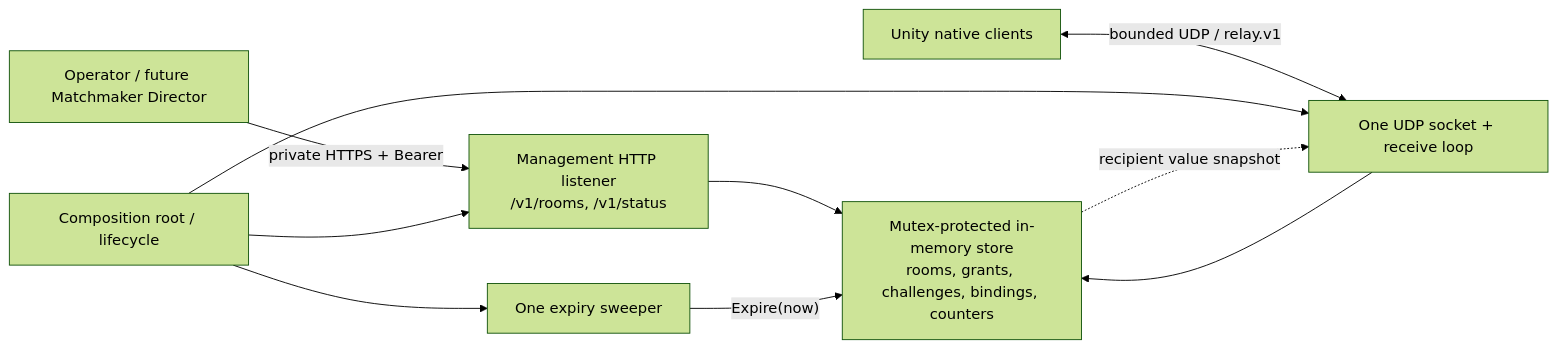
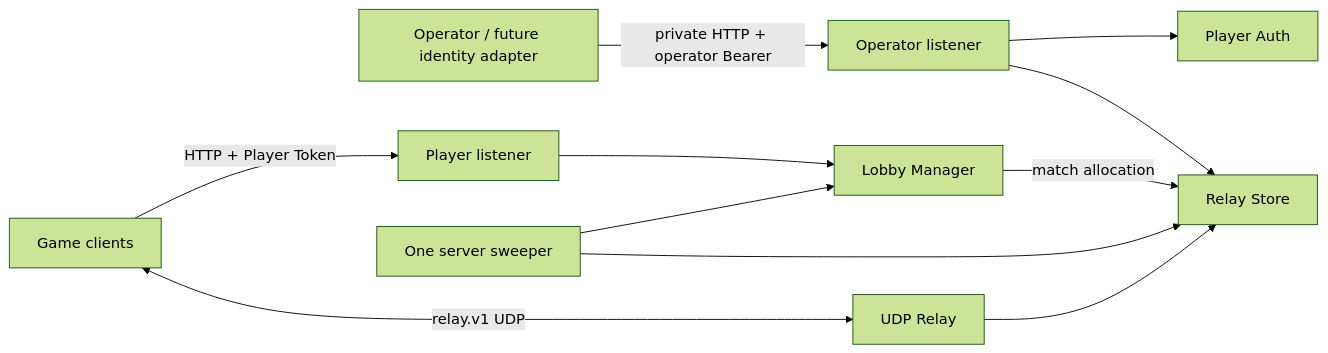
The diagram in docs/TRD.md (gyungsubLee/go-lobby-relay), drawn with Mermaid (forest theme) before and after one commit. The commit also changed other lines of this file and 26 other files, not shown here.

````diff
--- a/docs/TRD.md
+++ b/docs/TRD.md
@@ -77,12 +43,13 @@
 ```mermaid
 flowchart LR
-    O["Operator / future Matchmaker Director"] -->|"private HTTPS + Bearer"| H["Management HTTP listener\n/v1/rooms, /v1/status"]
-    U["Unity native clients"] <-->|"bounded UDP / relay.v1"| D["One UDP socket + receive loop"]
-    H --> S["Mutex-protected in-memory store\nrooms, grants, challenges, bindings, counters"]
-    D --> S
-    X["One expiry sweeper"] -->|"Expire(now)"| S
-    L["Composition root / lifecycle"] --> H
-    L --> D
-    L --> X
-    S -. "recipient value snapshot" .-> D
+    O["Operator / future identity adapter"] -->|"private HTTP + operator Bearer"| OH["Operator listener"]
+    P["Game clients"] -->|"HTTP + Player Token"| PH["Player listener"]
+    P <-->|"relay.v1 UDP"| U["UDP Relay"]
+    OH --> A["Player Auth"]
+    OH --> R["Relay Store"]
+    PH --> L["Lobby Manager"]
+    L -->|"match allocation"| R
+    U --> R
+    S["One server sweeper"] --> L
+    S --> R
 ```
````
